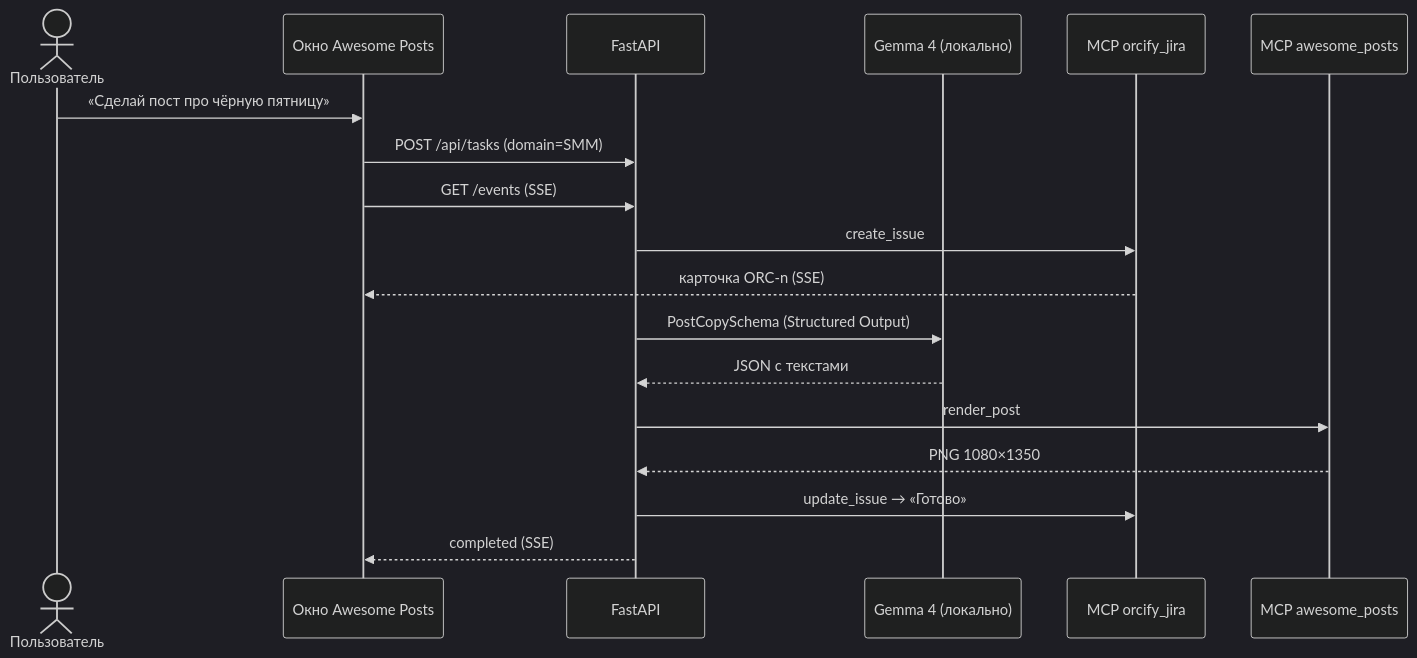
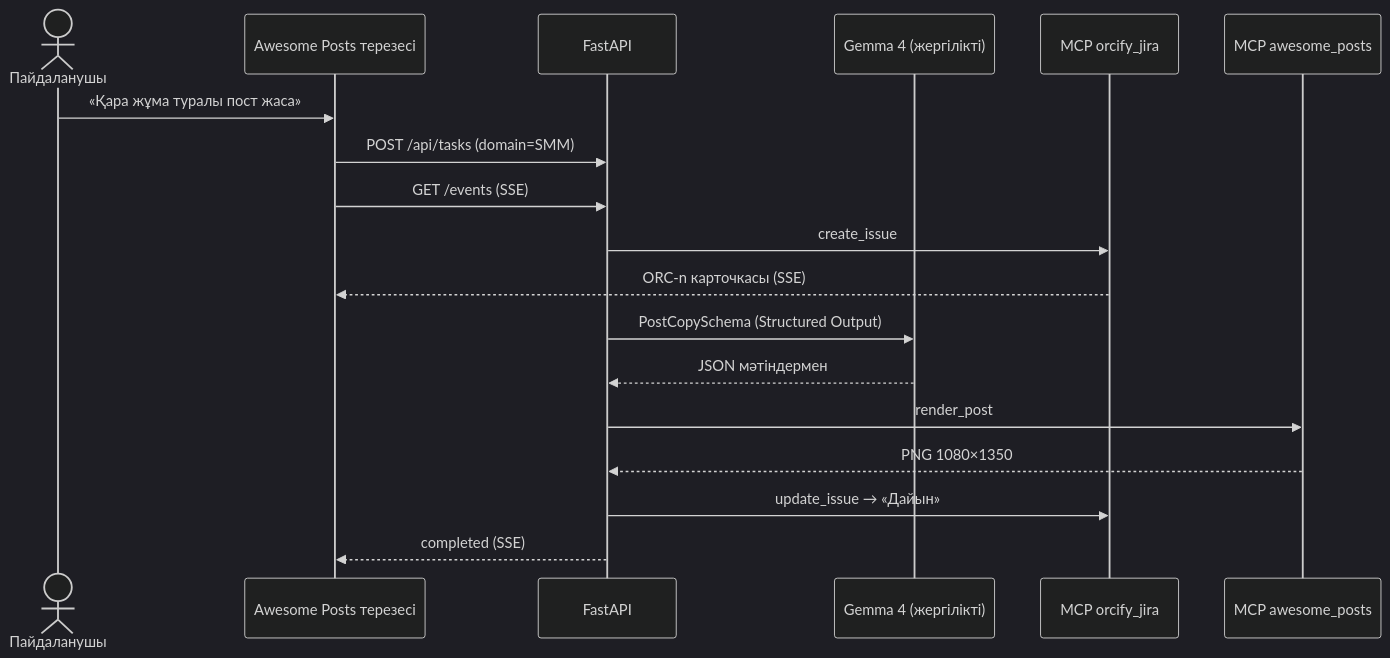
One commit to batryzhan/orcify changed the third of 3 diagrams in README.md. Above: the diagram before and after it, drawn with Mermaid (dark theme). The commit also changed other lines of this file and 112 other files, not shown here.

````diff
--- a/README.md
+++ b/README.md
@@ -198,20 +202,20 @@
 ```mermaid
 sequenceDiagram
-    actor U as Пользователь
-    participant UI as Окно Awesome Posts
+    actor U as Пайдаланушы
+    participant UI as Awesome Posts терезесі
     participant API as FastAPI
-    participant G as Gemma 4 (локально)
+    participant G as Gemma 4 (жергілікті)
     participant JM as MCP orcify_jira
     participant PM as MCP awesome_posts
-    U->>UI: «Сделай пост про чёрную пятницу»
+    U->>UI: «Қара жұма туралы пост жаса»
     UI->>API: POST /api/tasks (domain=SMM)
     UI->>API: GET /events (SSE)
     API->>JM: create_issue
-    JM-->>UI: карточка ORC-n (SSE)
+    JM-->>UI: ORC-n карточкасы (SSE)
     API->>G: PostCopySchema (Structured Output)
-    G-->>API: JSON с текстами
+    G-->>API: JSON мәтіндермен
     API->>PM: render_post
     PM-->>API: PNG 1080×1350
-    API->>JM: update_issue → «Готово»
+    API->>JM: update_issue → «Дайын»
     API-->>UI: completed (SSE)
 ```
````
